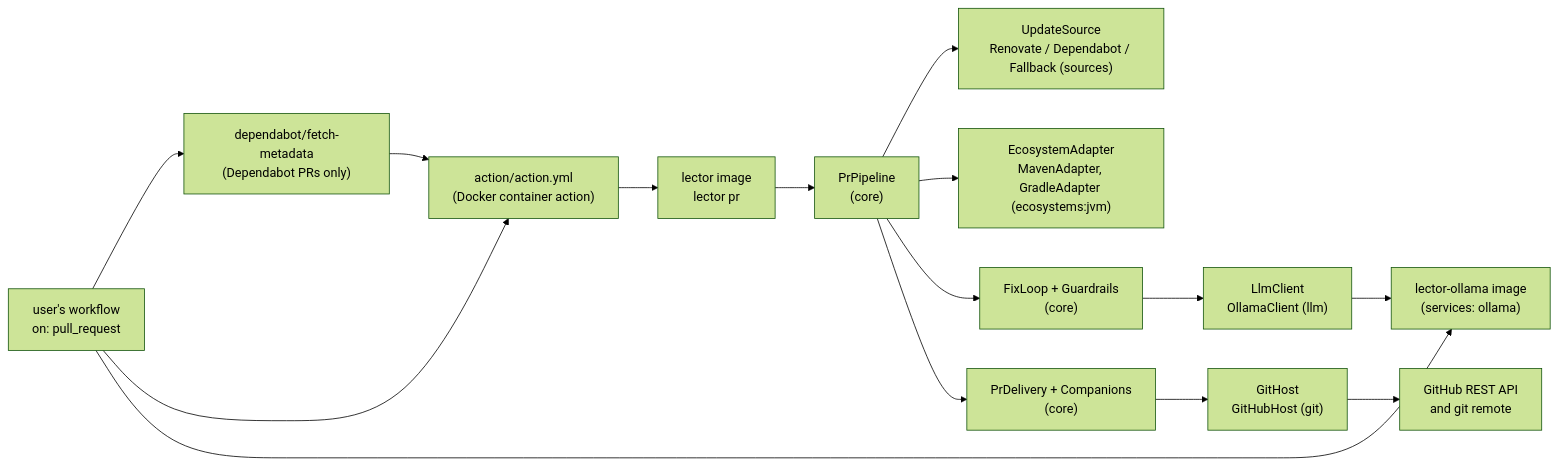
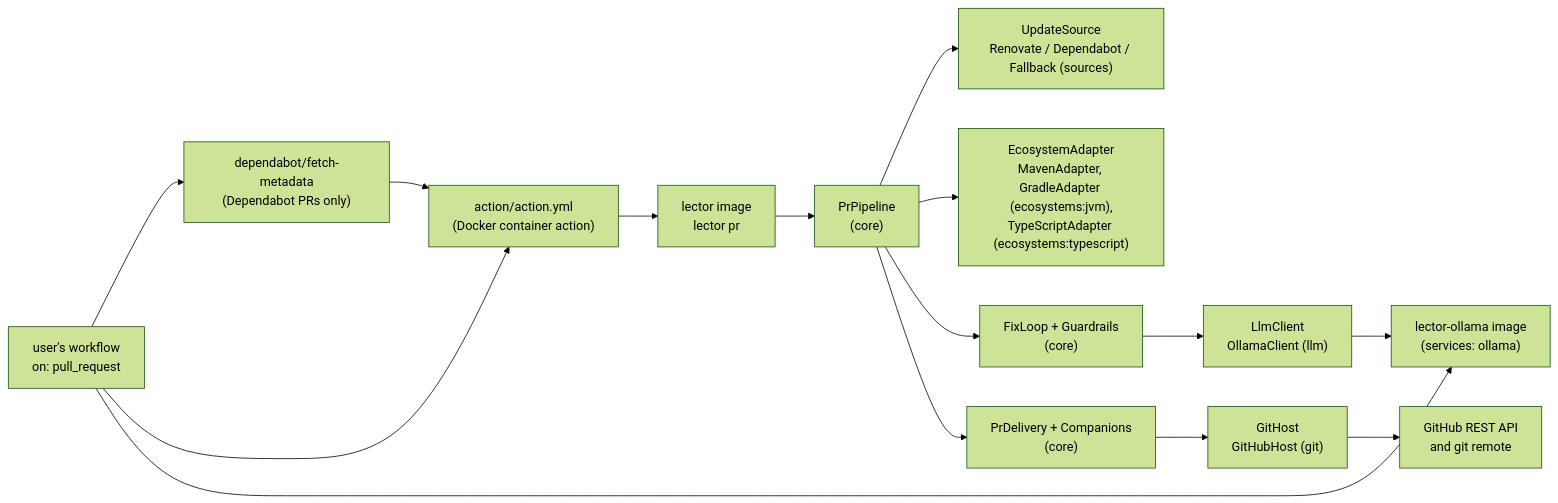
Before and after one commit to danvan86/lector-ai: the first of 3 diagrams in docs/architecture/pr-pipeline.md, drawn with Mermaid (forest theme). The commit also changed other lines of this file and 9 other files, not shown here.

First line of the commit message:
docs(architecture): document the TypeScript adapter and sync the docs with M9

````diff
--- a/docs/architecture/pr-pipeline.md
+++ b/docs/architecture/pr-pipeline.md
@@ -18,17 +18,17 @@
 ```mermaid
 flowchart LR
     wf["user's workflow<br/>on: pull_request"] --> meta["dependabot/fetch-metadata<br/>(Dependabot PRs only)"]
     wf --> action["action/action.yml<br/>(Docker container action)"]
     meta --> action
     wf --> sidecar["lector-ollama image<br/>(services: ollama)"]
     action --> image["lector image<br/>lector pr"]
     image --> pipeline["PrPipeline<br/>(core)"]
     pipeline --> source["UpdateSource<br/>Renovate / Dependabot / Fallback (sources)"]
-    pipeline --> adapter["EcosystemAdapter<br/>MavenAdapter, GradleAdapter (ecosystems:jvm)"]
+    pipeline --> adapter["EcosystemAdapter<br/>MavenAdapter, GradleAdapter (ecosystems:jvm),<br/>TypeScriptAdapter (ecosystems:typescript)"]
     pipeline --> loop["FixLoop + Guardrails<br/>(core)"]
     pipeline --> delivery["PrDelivery + Companions<br/>(core)"]
     loop --> llm["LlmClient<br/>OllamaClient (llm)"]
     llm --> sidecar
     delivery --> host["GitHost<br/>GitHubHost (git)"]
     host --> gh["GitHub REST API<br/>and git remote"]
 ```
````
